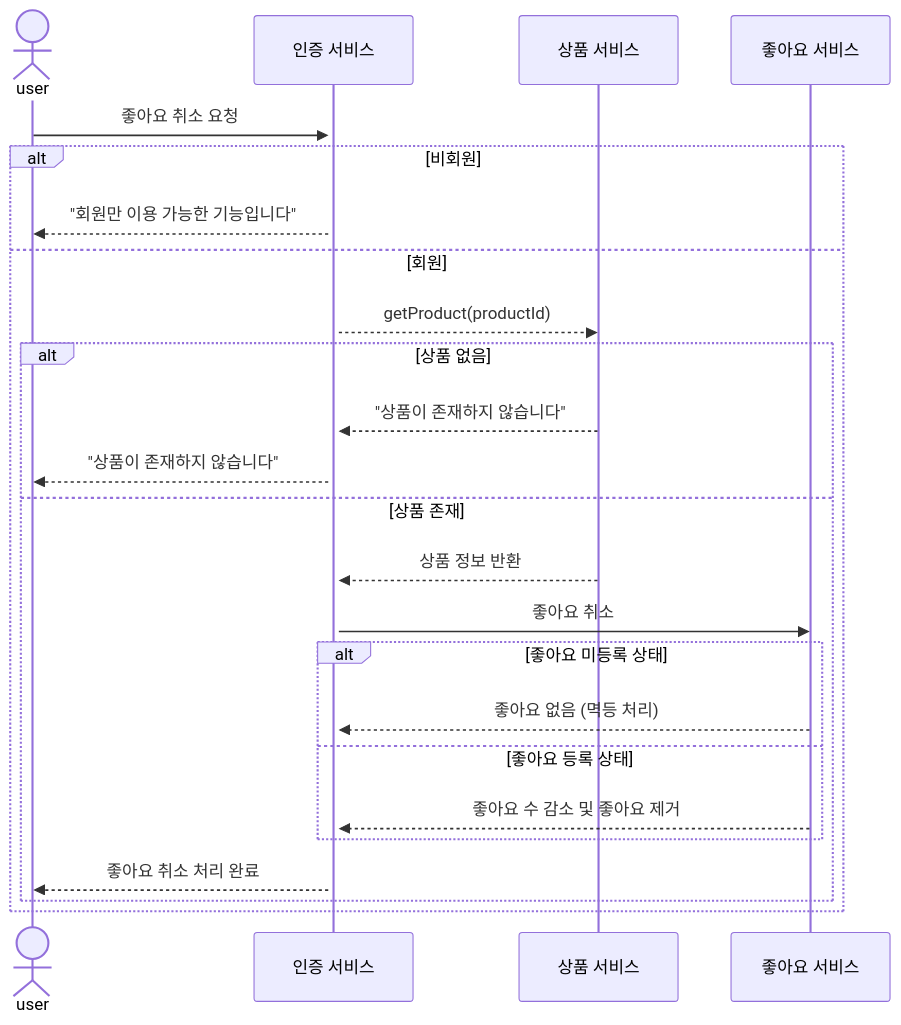
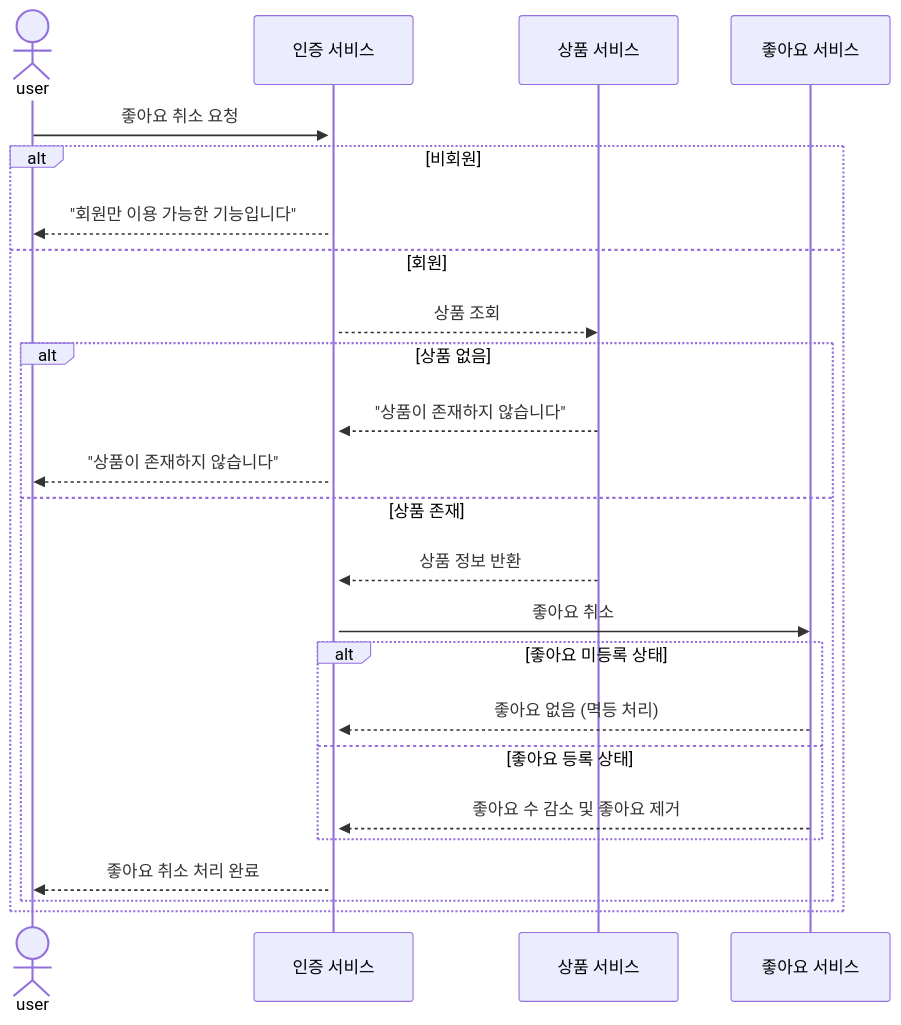
One commit to lutae2000/java-spring-ecommerce-api changed the fifth of 10 diagrams in docs/design/02-sequence-diagrams.md. Above: the diagram before and after it, drawn with Mermaid. The commit also changed other lines of this file and 1 other file, not shown here.

````diff
--- a/docs/design/02-sequence-diagrams.md
+++ b/docs/design/02-sequence-diagrams.md
@@ -150,32 +145,31 @@
 ```mermaid
 sequenceDiagram
     actor user
     participant AuthService as 인증 서비스
     participant ProductService as 상품 서비스
     participant LikeService as 좋아요 서비스
 
     user->>+AuthService: 좋아요 취소 요청
 
     alt 비회원
         AuthService-->>user: "회원만 이용 가능한 기능입니다"
     else 회원
-        AuthService-->>ProductService: getProduct(productId)
-
+        AuthService-->>ProductService: 상품 조회
         alt 상품 없음
             ProductService-->>AuthService: "상품이 존재하지 않습니다"
             AuthService-->>user: "상품이 존재하지 않습니다"
         else 상품 존재
             ProductService-->>AuthService: 상품 정보 반환
             AuthService->>LikeService: 좋아요 취소
 
             alt 좋아요 미등록 상태
                 LikeService-->>AuthService: 좋아요 없음 (멱등 처리)
             else 좋아요 등록 상태
                 LikeService-->>AuthService: 좋아요 수 감소 및 좋아요 제거
             end
 
             AuthService-->>user: 좋아요 취소 처리 완료
         end
     end
 
 ```
````
